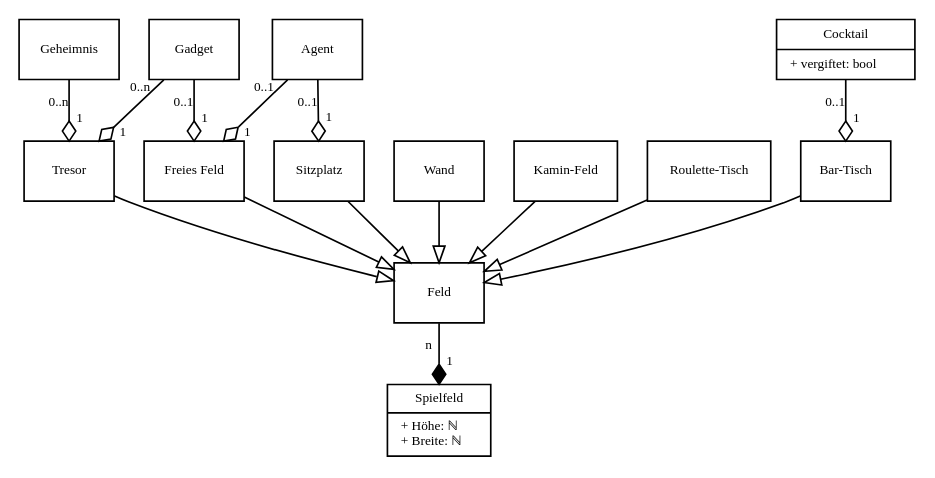
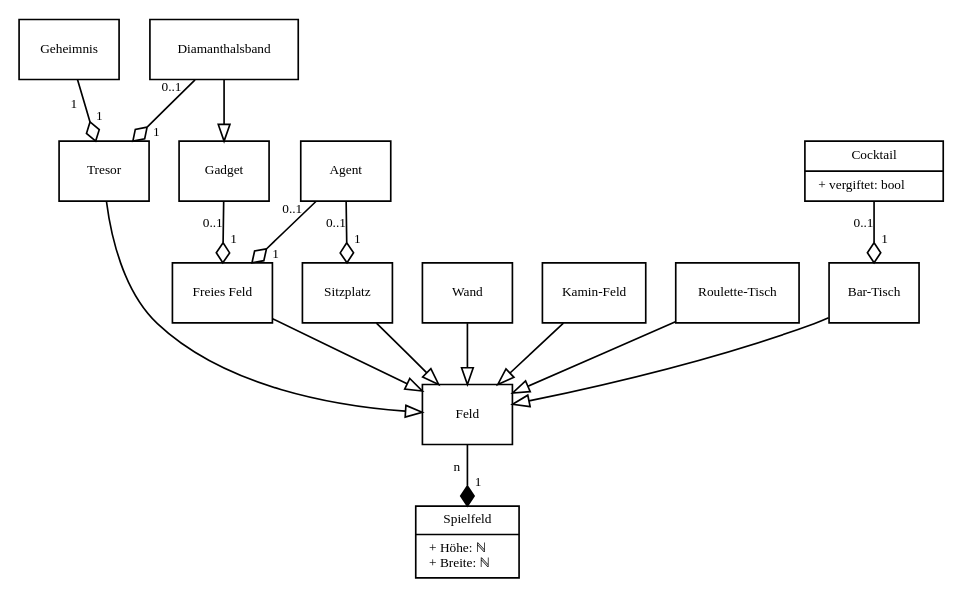
The diagram in Meilenstein01/diagrams/fields.dot (SoPra-Team-17/Meilensteine), drawn with Graphviz before and after one commit. The commit also changed 1 other file, not shown here.

Commit message:
FA-G 124 Tresor-Spicken berichtigt, Gadgats entfernt. Außerdem Domänenmodell Fields berichtigt.

```diff
--- a/Meilenstein01/diagrams/fields.dot
+++ b/Meilenstein01/diagrams/fields.dot
@@ -1,97 +1,101 @@
 digraph G {
     // General Layout
     fontname = "Bitstream Vera Sans"
     fontsize = 8
 
     node [
         fontname = "Bitstream Vera Sans"
         fontsize = 8
         shape = "record"
     ]
 
     edge [
         fontname = "Bitstream Vera Sans"
         fontsize = 8
         arrowhead = "onormal"
         labeldistance = 1.5
     ]
 
     // Classes
     Spielfeld [
         label = "{Spielfeld|+ Höhe: ℕ\l+ Breite: ℕ\l}"
     ]
     Feld [
     ]
     Gadget
     Cocktail [
         label = "{Cocktail|+ vergiftet: bool\l}"
     ]
     FreiesFeld [
 	label = "Freies Feld"
     ]
     Wand
     KaminFeld [
 	label = "Kamin-Feld"
     ]
     Sitzplatz
     RouletteTisch [
 	label = "Roulette-Tisch"
     ]
     BarTisch [
 	label = "Bar-Tisch"
     ]
     Tresor
+    Diamanthalsband
+
 
     // Inheritance
     FreiesFeld -> Feld
     Wand -> Feld
     KaminFeld -> Feld
     Sitzplatz -> Feld
     RouletteTisch -> Feld
     BarTisch -> Feld
     Tresor -> Feld
+    Diamanthalsband -> Gadget
 
     // Aggregations
     edge [
         arrowhead = "odiamond"
     ]
     Gadget -> FreiesFeld [
         taillabel = "0..1"
         headlabel = "1"
     ]
     Agent -> FreiesFeld [
         taillabel = "0..1"
         headlabel = "1"
     ]
     Agent -> Sitzplatz [
         taillabel = "0..1"
         headlabel = "1"
     ]
     Cocktail -> BarTisch [
         taillabel = "0..1"
         headlabel = "1"
     ]
     Geheimnis -> Tresor [
-        taillabel = "0..n"
+        taillabel = "1"
         headlabel = "1"
     ]
-    Gadget -> Tresor [
-        taillabel = "0..n"
-        headlabel = "1"
+    Diamanthalsband -> Tresor [
+	taillabel = "0..1"
+	headlabel = "1"
     ]
+    
 
     // Compositions
     edge [
         arrowhead = "diamond"
     ]
     Feld -> Spielfeld [
         headlabel = "1"
         taillabel = "n"
     ]
 
     // Normal Arrows
     edge [
         arrowhead = "vee"
     ]
 
 }
```
